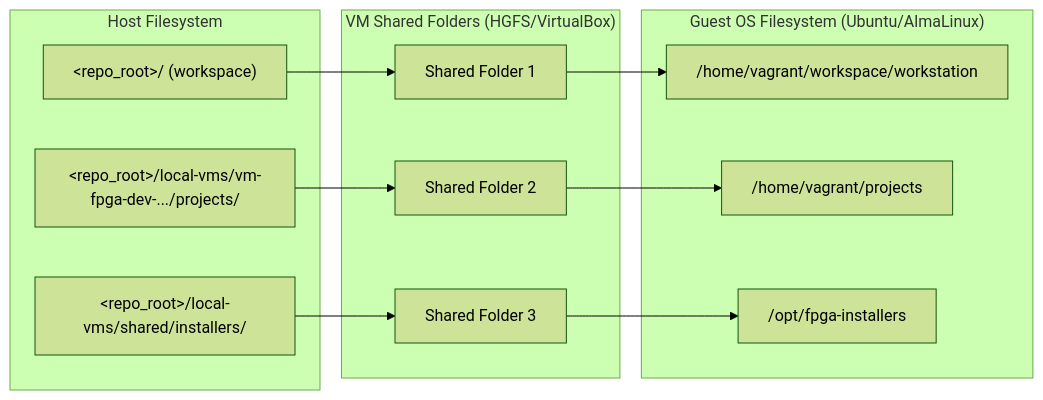
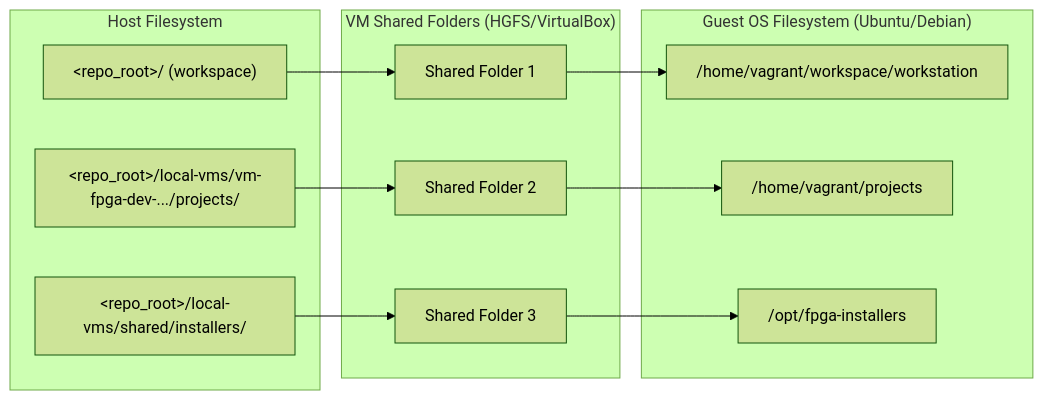
The diagram in docs/provisioning/fpga-vms.md (bleviet/workstation), drawn with Mermaid (forest theme) before and after one commit. The commit also changed other lines of this file and 42 other files, not shown here.

First line of the commit message:
refactor!: drop AlmaLinux/RHEL support

````diff
--- a/docs/provisioning/fpga-vms.md
+++ b/docs/provisioning/fpga-vms.md
@@ -66,18 +64,18 @@
 ```mermaid
 flowchart LR
     subgraph Host ["Host Filesystem"]
         H1["&lt;repo_root&gt;/ (workspace)"]
         H2["&lt;repo_root&gt;/local-vms/vm-fpga-dev-.../projects/"]
         H3["&lt;repo_root&gt;/local-vms/shared/installers/"]
     end
     subgraph Hypervisor ["VM Shared Folders (HGFS/VirtualBox)"]
         H1 --> SF1["Shared Folder 1"]
         H2 --> SF2["Shared Folder 2"]
         H3 --> SF3["Shared Folder 3"]
     end
-    subgraph Guest ["Guest OS Filesystem (Ubuntu/AlmaLinux)"]
+    subgraph Guest ["Guest OS Filesystem (Ubuntu/Debian)"]
         SF1 --> G1["/home/vagrant/workspace/workstation"]
         SF2 --> G2["/home/vagrant/projects"]
         SF3 --> G3["/opt/fpga-installers"]
     end
 ```
````
